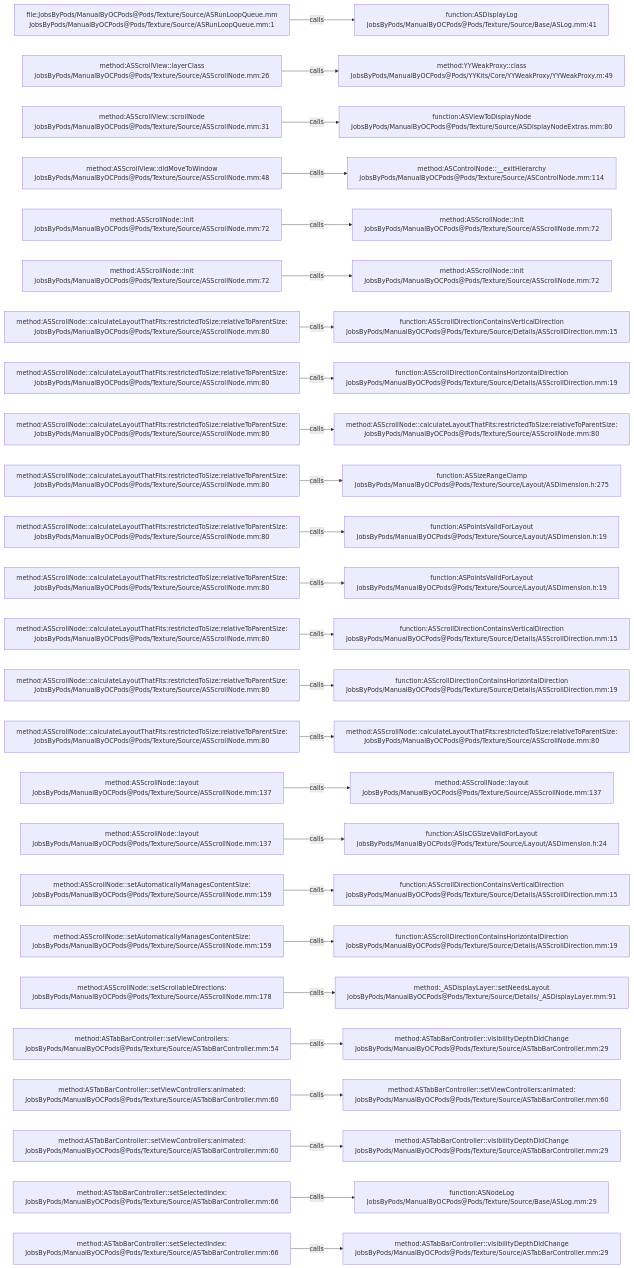
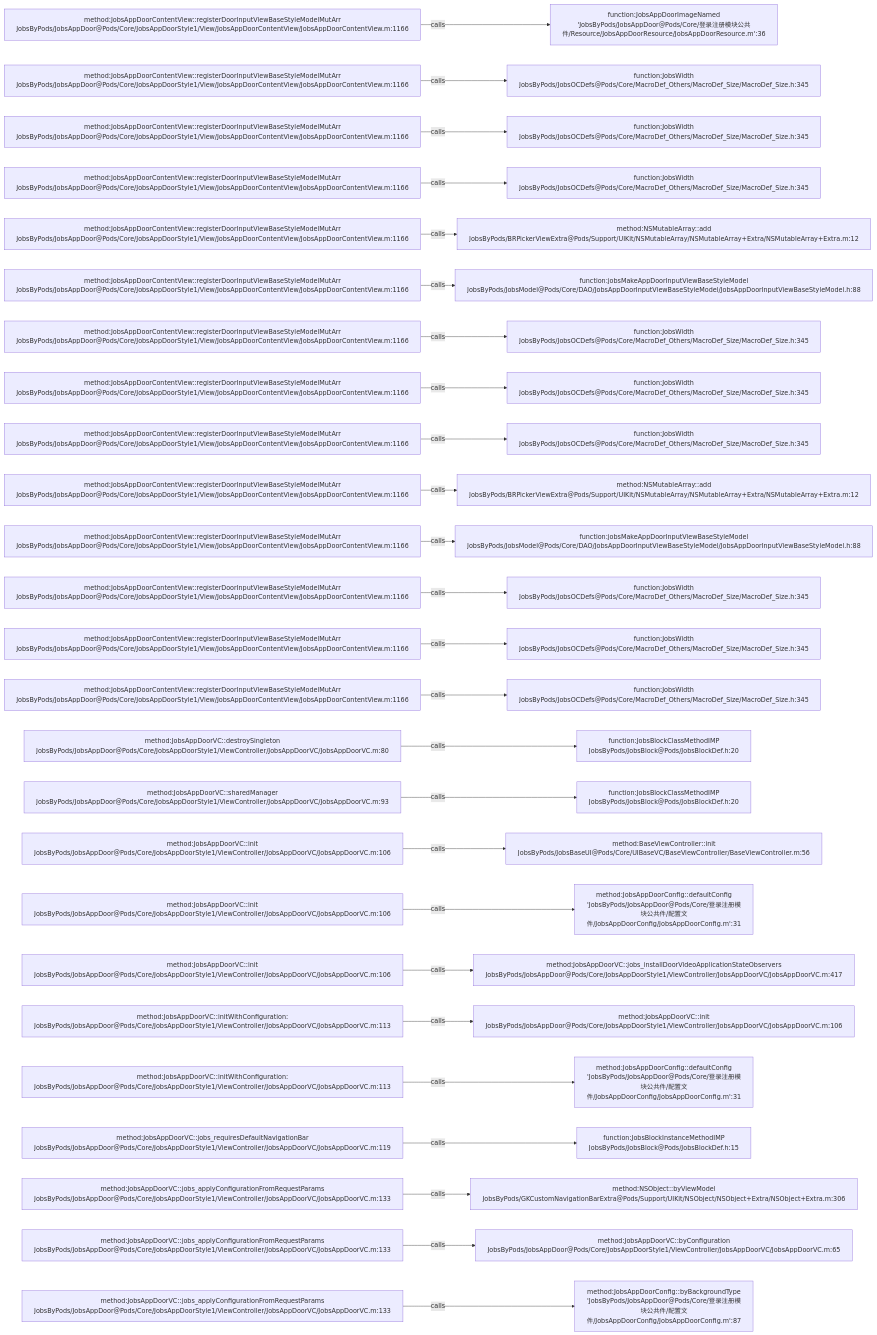
One commit to JobsKits/JobsOCBaseConfigDemo changed the diagram in .codegraph/codegraph.md/graphs/calls-106.md. Above: the diagram before and after it, drawn with Mermaid. The commit also changed 768 other files, not shown here.

````diff
--- a/.codegraph/codegraph.md/graphs/calls-106.md
+++ b/.codegraph/codegraph.md/graphs/calls-106.md
@@ -13,78 +13,78 @@
 ```mermaid
 flowchart LR
-  S1["file:JobsByPods/ManualByOCPods@Pods/Texture/Source/ASRunLoopQueue.mm<br/>JobsByPods/ManualByOCPods@Pods/Texture/Source/ASRunLoopQueue.mm:1"]
-  T1["function:ASDisplayLog<br/>JobsByPods/ManualByOCPods@Pods/Texture/Source/Base/ASLog.mm:41"]
+  S1["method:JobsAppDoorContentView::registerDoorInputViewBaseStyleModelMutArr<br/>JobsByPods/JobsAppDoor@Pods/Core/JobsAppDoorStyle1/View/JobsAppDoorContentView/JobsAppDoorContentView.m:1166"]
+  T1["function:JobsAppDoorImageNamed<br/>'JobsByPods/JobsAppDoor@Pods/Core/登录注册模块公共件/Resource/JobsAppDoorResource/JobsAppDoorResource.m':36"]
   S1 -->|calls| T1
-  S2["method:ASScrollView::layerClass<br/>JobsByPods/ManualByOCPods@Pods/Texture/Source/ASScrollNode.mm:26"]
-  T2["method:YYWeakProxy::class<br/>JobsByPods/ManualByOCPods@Pods/YYKits/Core/YYWeakProxy/YYWeakProxy.m:49"]
+  S2["method:JobsAppDoorContentView::registerDoorInputViewBaseStyleModelMutArr<br/>JobsByPods/JobsAppDoor@Pods/Core/JobsAppDoorStyle1/View/JobsAppDoorContentView/JobsAppDoorContentView.m:1166"]
+  T2["function:JobsWidth<br/>JobsByPods/JobsOCDefs@Pods/Core/MacroDef_Others/MacroDef_Size/MacroDef_Size.h:345"]
   S2 -->|calls| T2
-  S3["method:ASScrollView::scrollNode<br/>JobsByPods/ManualByOCPods@Pods/Texture/Source/ASScrollNode.mm:31"]
-  T3["function:ASViewToDisplayNode<br/>JobsByPods/ManualByOCPods@Pods/Texture/Source/ASDisplayNodeExtras.mm:80"]
+  S3["method:JobsAppDoorContentView::registerDoorInputViewBaseStyleModelMutArr<br/>JobsByPods/JobsAppDoor@Pods/Core/JobsAppDoorStyle1/View/JobsAppDoorContentView/JobsAppDoorContentView.m:1166"]
+  T3["function:JobsWidth<br/>JobsByPods/JobsOCDefs@Pods/Core/MacroDef_Others/MacroDef_Size/MacroDef_Size.h:345"]
   S3 -->|calls| T3
-  S4["method:ASScrollView::didMoveToWindow<br/>JobsByPods/ManualByOCPods@Pods/Texture/Source/ASScrollNode.mm:48"]
-  T4["method:ASControlNode::__exitHierarchy<br/>JobsByPods/ManualByOCPods@Pods/Texture/Source/ASControlNode.mm:114"]
+  S4["method:JobsAppDoorContentView::registerDoorInputViewBaseStyleModelMutArr<br/>JobsByPods/JobsAppDoor@Pods/Core/JobsAppDoorStyle1/View/JobsAppDoorContentView/JobsAppDoorContentView.m:1166"]
+  T4["function:JobsWidth<br/>JobsByPods/JobsOCDefs@Pods/Core/MacroDef_Others/MacroDef_Size/MacroDef_Size.h:345"]
   S4 -->|calls| T4
-  S5["method:ASScrollNode::init<br/>JobsByPods/ManualByOCPods@Pods/Texture/Source/ASScrollNode.mm:72"]
-  T5["method:ASScrollNode::init<br/>JobsByPods/ManualByOCPods@Pods/Texture/Source/ASScrollNode.mm:72"]
+  S5["method:JobsAppDoorContentView::registerDoorInputViewBaseStyleModelMutArr<br/>JobsByPods/JobsAppDoor@Pods/Core/JobsAppDoorStyle1/View/JobsAppDoorContentView/JobsAppDoorContentView.m:1166"]
+  T5["method:NSMutableArray::add<br/>JobsByPods/BRPickerViewExtra@Pods/Support/UIKit/NSMutableArray/NSMutableArray+Extra/NSMutableArray+Extra.m:12"]
   S5 -->|calls| T5
-  S6["method:ASScrollNode::init<br/>JobsByPods/ManualByOCPods@Pods/Texture/Source/ASScrollNode.mm:72"]
-  T6["method:ASScrollNode::init<br/>JobsByPods/ManualByOCPods@Pods/Texture/Source/ASScrollNode.mm:72"]
+  S6["method:JobsAppDoorContentView::registerDoorInputViewBaseStyleModelMutArr<br/>JobsByPods/JobsAppDoor@Pods/Core/JobsAppDoorStyle1/View/JobsAppDoorContentView/JobsAppDoorContentView.m:1166"]
+  T6["function:jobsMakeAppDoorInputViewBaseStyleModel<br/>JobsByPods/JobsModel@Pods/Core/DAO/JobsAppDoorInputViewBaseStyleModel/JobsAppDoorInputViewBaseStyleModel.h:88"]
   S6 -->|calls| T6
-  S7["method:ASScrollNode::calculateLayoutThatFits:restrictedToSize:relativeToParentSize:<br/>JobsByPods/ManualByOCPods@Pods/Texture/Source/ASScrollNode.mm:80"]
-  T7["function:ASScrollDirectionContainsVerticalDirection<br/>JobsByPods/ManualByOCPods@Pods/Texture/Source/Details/ASScrollDirection.mm:15"]
+  S7["method:JobsAppDoorContentView::registerDoorInputViewBaseStyleModelMutArr<br/>JobsByPods/JobsAppDoor@Pods/Core/JobsAppDoorStyle1/View/JobsAppDoorContentView/JobsAppDoorContentView.m:1166"]
+  T7["function:JobsWidth<br/>JobsByPods/JobsOCDefs@Pods/Core/MacroDef_Others/MacroDef_Size/MacroDef_Size.h:345"]
   S7 -->|calls| T7
-  S8["method:ASScrollNode::calculateLayoutThatFits:restrictedToSize:relativeToParentSize:<br/>JobsByPods/ManualByOCPods@Pods/Texture/Source/ASScrollNode.mm:80"]
-  T8["function:ASScrollDirectionContainsHorizontalDirection<br/>JobsByPods/ManualByOCPods@Pods/Texture/Source/Details/ASScrollDirection.mm:19"]
+  S8["method:JobsAppDoorContentView::registerDoorInputViewBaseStyleModelMutArr<br/>JobsByPods/JobsAppDoor@Pods/Core/JobsAppDoorStyle1/View/JobsAppDoorContentView/JobsAppDoorContentView.m:1166"]
+  T8["function:JobsWidth<br/>JobsByPods/JobsOCDefs@Pods/Core/MacroDef_Others/MacroDef_Size/MacroDef_Size.h:345"]
   S8 -->|calls| T8
-  S9["method:ASScrollNode::calculateLayoutThatFits:restrictedToSize:relativeToParentSize:<br/>JobsByPods/ManualByOCPods@Pods/Texture/Source/ASScrollNode.mm:80"]
-  T9["method:ASScrollNode::calculateLayoutThatFits:restrictedToSize:relativeToParentSize:<br/>JobsByPods/ManualByOCPods@Pods/Texture/Source/ASScrollNode.mm:80"]
+  S9["method:JobsAppDoorContentView::registerDoorInputViewBaseStyleModelMutArr<br/>JobsByPods/JobsAppDoor@Pods/Core/JobsAppDoorStyle1/View/JobsAppDoorContentView/JobsAppDoorContentView.m:1166"]
+  T9["function:JobsWidth<br/>JobsByPods/JobsOCDefs@Pods/Core/MacroDef_Others/MacroDef_Size/MacroDef_Size.h:345"]
   S9 -->|calls| T9
-  S10["method:ASScrollNode::calculateLayoutThatFits:restrictedToSize:relativeToParentSize:<br/>JobsByPods/ManualByOCPods@Pods/Texture/Source/ASScrollNode.mm:80"]
-  T10["function:ASSizeRangeClamp<br/>JobsByPods/ManualByOCPods@Pods/Texture/Source/Layout/ASDimension.h:275"]
+  S10["method:JobsAppDoorContentView::registerDoorInputViewBaseStyleModelMutArr<br/>JobsByPods/JobsAppDoor@Pods/Core/JobsAppDoorStyle1/View/JobsAppDoorContentView/JobsAppDoorContentView.m:1166"]
+  T10["method:NSMutableArray::add<br/>JobsByPods/BRPickerViewExtra@Pods/Support/UIKit/NSMutableArray/NSMutableArray+Extra/NSMutableArray+Extra.m:12"]
   S10 -->|calls| T10
-  S11["method:ASScrollNode::calculateLayoutThatFits:restrictedToSize:relativeToParentSize:<br/>JobsByPods/ManualByOCPods@Pods/Texture/Source/ASScrollNode.mm:80"]
-  T11["function:ASPointsValidForLayout<br/>JobsByPods/ManualByOCPods@Pods/Texture/Source/Layout/ASDimension.h:19"]
+  S11["method:JobsAppDoorContentView::registerDoorInputViewBaseStyleModelMutArr<br/>JobsByPods/JobsAppDoor@Pods/Core/JobsAppDoorStyle1/View/JobsAppDoorContentView/JobsAppDoorContentView.m:1166"]
+  T11["function:jobsMakeAppDoorInputViewBaseStyleModel<br/>JobsByPods/JobsModel@Pods/Core/DAO/JobsAppDoorInputViewBaseStyleModel/JobsAppDoorInputViewBaseStyleModel.h:88"]
   S11 -->|calls| T11
-  S12["method:ASScrollNode::calculateLayoutThatFits:restrictedToSize:relativeToParentSize:<br/>JobsByPods/ManualByOCPods@Pods/Texture/Source/ASScrollNode.mm:80"]
-  T12["function:ASPointsValidForLayout<br/>JobsByPods/ManualByOCPods@Pods/Texture/Source/Layout/ASDimension.h:19"]
+  S12["method:JobsAppDoorContentView::registerDoorInputViewBaseStyleModelMutArr<br/>JobsByPods/JobsAppDoor@Pods/Core/JobsAppDoorStyle1/View/JobsAppDoorContentView/JobsAppDoorContentView.m:1166"]
+  T12["function:JobsWidth<br/>JobsByPods/JobsOCDefs@Pods/Core/MacroDef_Others/MacroDef_Size/MacroDef_Size.h:345"]
   S12 -->|calls| T12
-  S13["method:ASScrollNode::calculateLayoutThatFits:restrictedToSize:relativeToParentSize:<br/>JobsByPods/ManualByOCPods@Pods/Texture/Source/ASScrollNode.mm:80"]
-  T13["function:ASScrollDirectionContainsVerticalDirection<br/>JobsByPods/ManualByOCPods@Pods/Texture/Source/Details/ASScrollDirection.mm:15"]
+  S13["method:JobsAppDoorContentView::registerDoorInputViewBaseStyleModelMutArr<br/>JobsByPods/JobsAppDoor@Pods/Core/JobsAppDoorStyle1/View/JobsAppDoorContentView/JobsAppDoorContentView.m:1166"]
+  T13["function:JobsWidth<br/>JobsByPods/JobsOCDefs@Pods/Core/MacroDef_Others/MacroDef_Size/MacroDef_Size.h:345"]
   S13 -->|calls| T13
-  S14["method:ASScrollNode::calculateLayoutThatFits:restrictedToSize:relativeToParentSize:<br/>JobsByPods/ManualByOCPods@Pods/Texture/Source/ASScrollNode.mm:80"]
-  T14["function:ASScrollDirectionContainsHorizontalDirection<br/>JobsByPods/ManualByOCPods@Pods/Texture/Source/Details/ASScrollDirection.mm:19"]
+  S14["method:JobsAppDoorContentView::registerDoorInputViewBaseStyleModelMutArr<br/>JobsByPods/JobsAppDoor@Pods/Core/JobsAppDoorStyle1/View/JobsAppDoorContentView/JobsAppDoorContentView.m:1166"]
+  T14["function:JobsWidth<br/>JobsByPods/JobsOCDefs@Pods/Core/MacroDef_Others/MacroDef_Size/MacroDef_Size.h:345"]
   S14 -->|calls| T14
-  S15["method:ASScrollNode::calculateLayoutThatFits:restrictedToSize:relativeToParentSize:<br/>JobsByPods/ManualByOCPods@Pods/Texture/Source/ASScrollNode.mm:80"]
-  T15["method:ASScrollNode::calculateLayoutThatFits:restrictedToSize:relativeToParentSize:<br/>JobsByPods/ManualByOCPods@Pods/Texture/Source/ASScrollNode.mm:80"]
+  S15["method:JobsAppDoorVC::destroySingleton<br/>JobsByPods/JobsAppDoor@Pods/Core/JobsAppDoorStyle1/ViewController/JobsAppDoorVC/JobsAppDoorVC.m:80"]
+  T15["function:JobsBlockClassMethodIMP<br/>JobsByPods/JobsBlock@Pods/JobsBlockDef.h:20"]
   S15 -->|calls| T15
-  S16["method:ASScrollNode::layout<br/>JobsByPods/ManualByOCPods@Pods/Texture/Source/ASScrollNode.mm:137"]
-  T16["method:ASScrollNode::layout<br/>JobsByPods/ManualByOCPods@Pods/Texture/Source/ASScrollNode.mm:137"]
+  S16["method:JobsAppDoorVC::sharedManager<br/>JobsByPods/JobsAppDoor@Pods/Core/JobsAppDoorStyle1/ViewController/JobsAppDoorVC/JobsAppDoorVC.m:93"]
+  T16["function:JobsBlockClassMethodIMP<br/>JobsByPods/JobsBlock@Pods/JobsBlockDef.h:20"]
   S16 -->|calls| T16
-  S17["method:ASScrollNode::layout<br/>JobsByPods/ManualByOCPods@Pods/Texture/Source/ASScrollNode.mm:137"]
-  T17["function:ASIsCGSizeValidForLayout<br/>JobsByPods/ManualByOCPods@Pods/Texture/Source/Layout/ASDimension.h:24"]
+  S17["method:JobsAppDoorVC::init<br/>JobsByPods/JobsAppDoor@Pods/Core/JobsAppDoorStyle1/ViewController/JobsAppDoorVC/JobsAppDoorVC.m:106"]
+  T17["method:BaseViewController::init<br/>JobsByPods/JobsBaseUI@Pods/Core/UIBaseVC/BaseViewController/BaseViewController.m:56"]
   S17 -->|calls| T17
-  S18["method:ASScrollNode::setAutomaticallyManagesContentSize:<br/>JobsByPods/ManualByOCPods@Pods/Texture/Source/ASScrollNode.mm:159"]
-  T18["function:ASScrollDirectionContainsVerticalDirection<br/>JobsByPods/ManualByOCPods@Pods/Texture/Source/Details/ASScrollDirection.mm:15"]
+  S18["method:JobsAppDoorVC::init<br/>JobsByPods/JobsAppDoor@Pods/Core/JobsAppDoorStyle1/ViewController/JobsAppDoorVC/JobsAppDoorVC.m:106"]
+  T18["method:JobsAppDoorConfig::defaultConfig<br/>'JobsByPods/JobsAppDoor@Pods/Core/登录注册模块公共件/配置文件/JobsAppDoorConfig/JobsAppDoorConfig.m':31"]
   S18 -->|calls| T18
-  S19["method:ASScrollNode::setAutomaticallyManagesContentSize:<br/>JobsByPods/ManualByOCPods@Pods/Texture/Source/ASScrollNode.mm:159"]
-  T19["function:ASScrollDirectionContainsHorizontalDirection<br/>JobsByPods/ManualByOCPods@Pods/Texture/Source/Details/ASScrollDirection.mm:19"]
+  S19["method:JobsAppDoorVC::init<br/>JobsByPods/JobsAppDoor@Pods/Core/JobsAppDoorStyle1/ViewController/JobsAppDoorVC/JobsAppDoorVC.m:106"]
+  T19["method:JobsAppDoorVC::jobs_installDoorVideoApplicationStateObservers<br/>JobsByPods/JobsAppDoor@Pods/Core/JobsAppDoorStyle1/ViewController/JobsAppDoorVC/JobsAppDoorVC.m:417"]
   S19 -->|calls| T19
-  S20["method:ASScrollNode::setScrollableDirections:<br/>JobsByPods/ManualByOCPods@Pods/Texture/Source/ASScrollNode.mm:178"]
-  T20["method:_ASDisplayLayer::setNeedsLayout<br/>JobsByPods/ManualByOCPods@Pods/Texture/Source/Details/_ASDisplayLayer.mm:91"]
+  S20["method:JobsAppDoorVC::initWithConfiguration:<br/>JobsByPods/JobsAppDoor@Pods/Core/JobsAppDoorStyle1/ViewController/JobsAppDoorVC/JobsAppDoorVC.m:113"]
+  T20["method:JobsAppDoorVC::init<br/>JobsByPods/JobsAppDoor@Pods/Core/JobsAppDoorStyle1/ViewController/JobsAppDoorVC/JobsAppDoorVC.m:106"]
   S20 -->|calls| T20
-  S21["method:ASTabBarController::setViewControllers:<br/>JobsByPods/ManualByOCPods@Pods/Texture/Source/ASTabBarController.mm:54"]
-  T21["method:ASTabBarController::visibilityDepthDidChange<br/>JobsByPods/ManualByOCPods@Pods/Texture/Source/ASTabBarController.mm:29"]
+  S21["method:JobsAppDoorVC::initWithConfiguration:<br/>JobsByPods/JobsAppDoor@Pods/Core/JobsAppDoorStyle1/ViewController/JobsAppDoorVC/JobsAppDoorVC.m:113"]
+  T21["method:JobsAppDoorConfig::defaultConfig<br/>'JobsByPods/JobsAppDoor@Pods/Core/登录注册模块公共件/配置文件/JobsAppDoorConfig/JobsAppDoorConfig.m':31"]
   S21 -->|calls| T21
-  S22["method:ASTabBarController::setViewControllers:animated:<br/>JobsByPods/ManualByOCPods@Pods/Texture/Source/ASTabBarController.mm:60"]
-  T22["method:ASTabBarController::setViewControllers:animated:<br/>JobsByPods/ManualByOCPods@Pods/Texture/Source/ASTabBarController.mm:60"]
+  S22["method:JobsAppDoorVC::jobs_requiresDefaultNavigationBar<br/>JobsByPods/JobsAppDoor@Pods/Core/JobsAppDoorStyle1/ViewController/JobsAppDoorVC/JobsAppDoorVC.m:119"]
+  T22["function:JobsBlockInstanceMethodIMP<br/>JobsByPods/JobsBlock@Pods/JobsBlockDef.h:15"]
   S22 -->|calls| T22
-  S23["method:ASTabBarController::setViewControllers:animated:<br/>JobsByPods/ManualByOCPods@Pods/Texture/Source/ASTabBarController.mm:60"]
-  T23["method:ASTabBarController::visibilityDepthDidChange<br/>JobsByPods/ManualByOCPods@Pods/Texture/Source/ASTabBarController.mm:29"]
+  S23["method:JobsAppDoorVC::jobs_applyConfigurationFromRequestParams<br/>JobsByPods/JobsAppDoor@Pods/Core/JobsAppDoorStyle1/ViewController/JobsAppDoorVC/JobsAppDoorVC.m:133"]
+  T23["method:NSObject::byViewModel<br/>JobsByPods/GKCustomNavigationBarExtra@Pods/Support/UIKit/NSObject/NSObject+Extra/NSObject+Extra.m:306"]
   S23 -->|calls| T23
-  S24["method:ASTabBarController::setSelectedIndex:<br/>JobsByPods/ManualByOCPods@Pods/Texture/Source/ASTabBarController.mm:66"]
-  T24["function:ASNodeLog<br/>JobsByPods/ManualByOCPods@Pods/Texture/Source/Base/ASLog.mm:29"]
+  S24["method:JobsAppDoorVC::jobs_applyConfigurationFromRequestParams<br/>JobsByPods/JobsAppDoor@Pods/Core/JobsAppDoorStyle1/ViewController/JobsAppDoorVC/JobsAppDoorVC.m:133"]
+  T24["method:JobsAppDoorVC::byConfiguration<br/>JobsByPods/JobsAppDoor@Pods/Core/JobsAppDoorStyle1/ViewController/JobsAppDoorVC/JobsAppDoorVC.m:65"]
   S24 -->|calls| T24
-  S25["method:ASTabBarController::setSelectedIndex:<br/>JobsByPods/ManualByOCPods@Pods/Texture/Source/ASTabBarController.mm:66"]
-  T25["method:ASTabBarController::visibilityDepthDidChange<br/>JobsByPods/ManualByOCPods@Pods/Texture/Source/ASTabBarController.mm:29"]
+  S25["method:JobsAppDoorVC::jobs_applyConfigurationFromRequestParams<br/>JobsByPods/JobsAppDoor@Pods/Core/JobsAppDoorStyle1/ViewController/JobsAppDoorVC/JobsAppDoorVC.m:133"]
+  T25["method:JobsAppDoorConfig::byBackgroundType<br/>'JobsByPods/JobsAppDoor@Pods/Core/登录注册模块公共件/配置文件/JobsAppDoorConfig/JobsAppDoorConfig.m':87"]
   S25 -->|calls| T25
 ```
````
